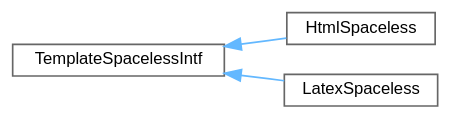
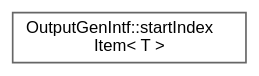
The diagram in inherit_graph_721.dot (skyrich62/doxygen), drawn with Graphviz before and after one commit. The commit also changed 11221 other files, not shown here.

```diff
--- a/inherit_graph_721.dot
+++ b/inherit_graph_721.dot
@@ -1,14 +1,10 @@
 digraph "Graphical Class Hierarchy"
 {
  // INTERACTIVE_SVG=YES
  // LATEX_PDF_SIZE
   bgcolor="transparent";
   edge [fontname=Helvetica,fontsize=10,labelfontname=Helvetica,labelfontsize=10];
   node [fontname=Helvetica,fontsize=10,shape=box,height=0.2,width=0.4];
   rankdir="LR";
-  Node0 [label="TemplateSpacelessIntf",height=0.2,width=0.4,color="grey40", fillcolor="white", style="filled",URL="$df/d80/class_template_spaceless_intf.html",tooltip="Interface used to remove redundant spaces inside a spaceless block."];
-  Node0 -> Node1 [dir="back",color="steelblue1",style="solid"];
-  Node1 [label="HtmlSpaceless",height=0.2,width=0.4,color="grey40", fillcolor="white", style="filled",URL="$d0/dc2/class_html_spaceless.html",tooltip=" "];
-  Node0 -> Node2 [dir="back",color="steelblue1",style="solid"];
-  Node2 [label="LatexSpaceless",height=0.2,width=0.4,color="grey40", fillcolor="white", style="filled",URL="$dc/dc0/class_latex_spaceless.html",tooltip=" "];
+  Node0 [label="OutputGenIntf::startIndex\lItem\< T \>",height=0.2,width=0.4,color="grey40", fillcolor="white", style="filled",URL="$d1/d41/struct_output_gen_intf_1_1start_index_item.html",tooltip=" "];
 }
```
